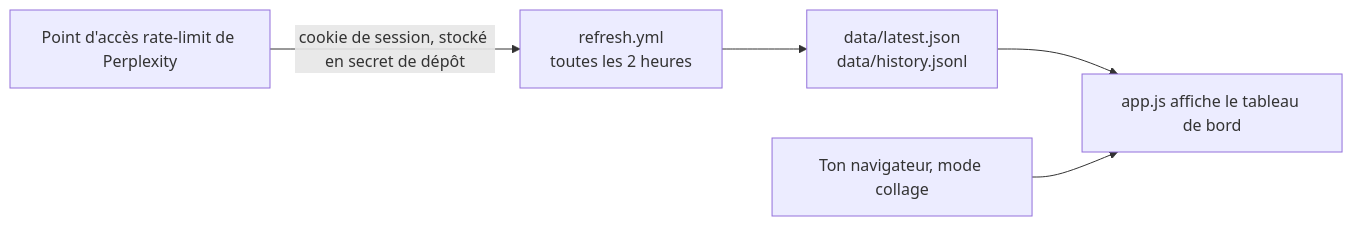
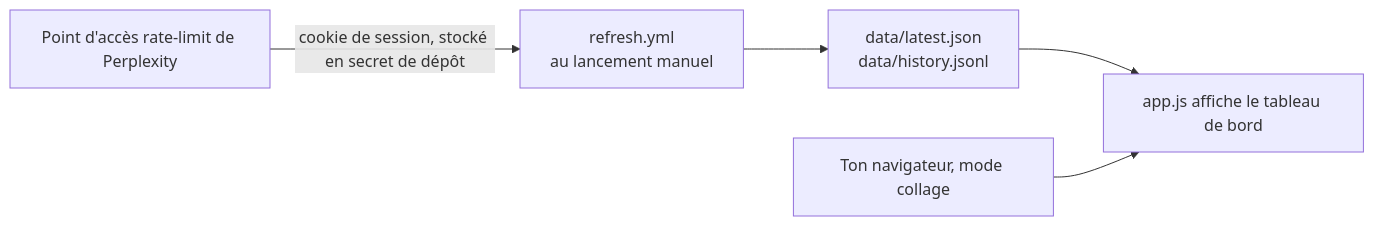
Before and after one commit to wrouhli/perplexity-limits-dashboard: the diagram in README.fr.md, drawn with Mermaid. The commit also changed other lines of this file and 2 other files, not shown here.

First line of the commit message:
chore(refresh): drop the schedule, refresh on demand only, retry the Pages deploy (#2)

````diff
--- a/README.fr.md
+++ b/README.fr.md
@@ -47,7 +47,7 @@
 ```mermaid
 flowchart LR
-  P["Point d'accès rate-limit de Perplexity"] -->|"cookie de session, stocké en secret de dépôt"| R["refresh.yml<br/>toutes les 2 heures"]
+  P["Point d'accès rate-limit de Perplexity"] -->|"cookie de session, stocké en secret de dépôt"| R["refresh.yml<br/>au lancement manuel"]
   R --> D["data/latest.json<br/>data/history.jsonl"]
   D --> A["app.js affiche le tableau de bord"]
   B["Ton navigateur, mode collage"] --> A
 ```
````
